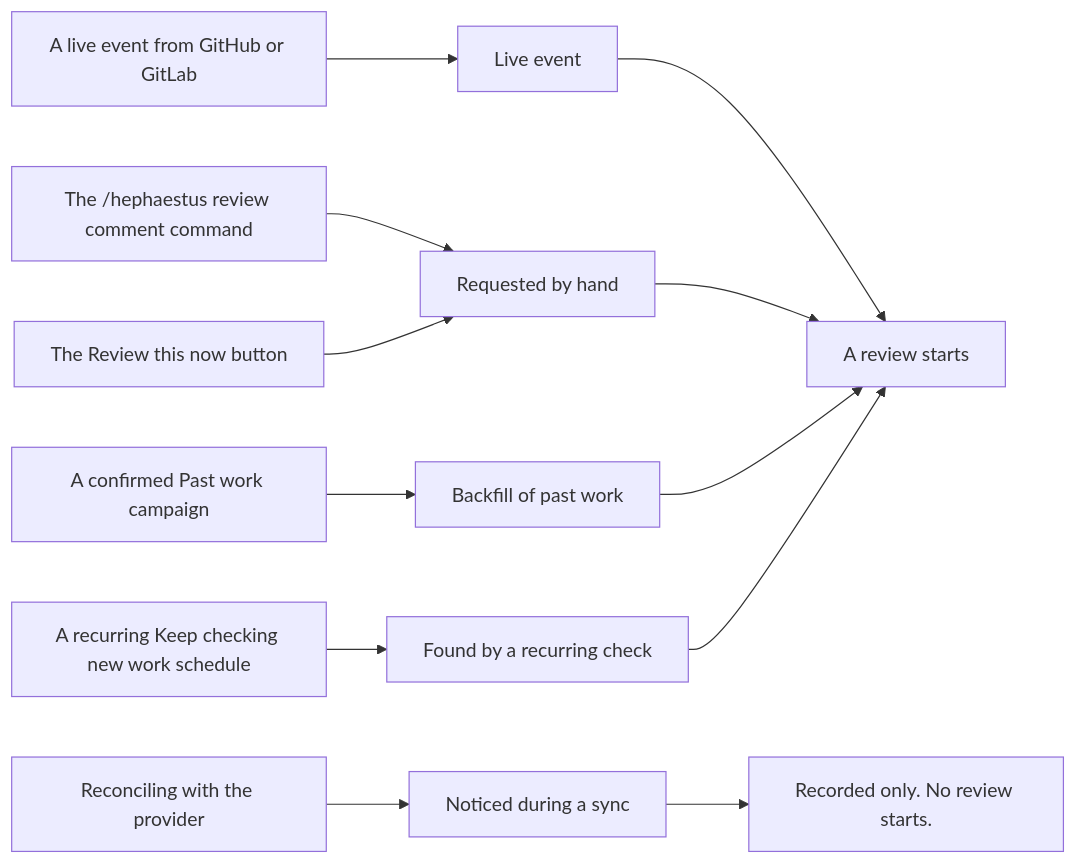
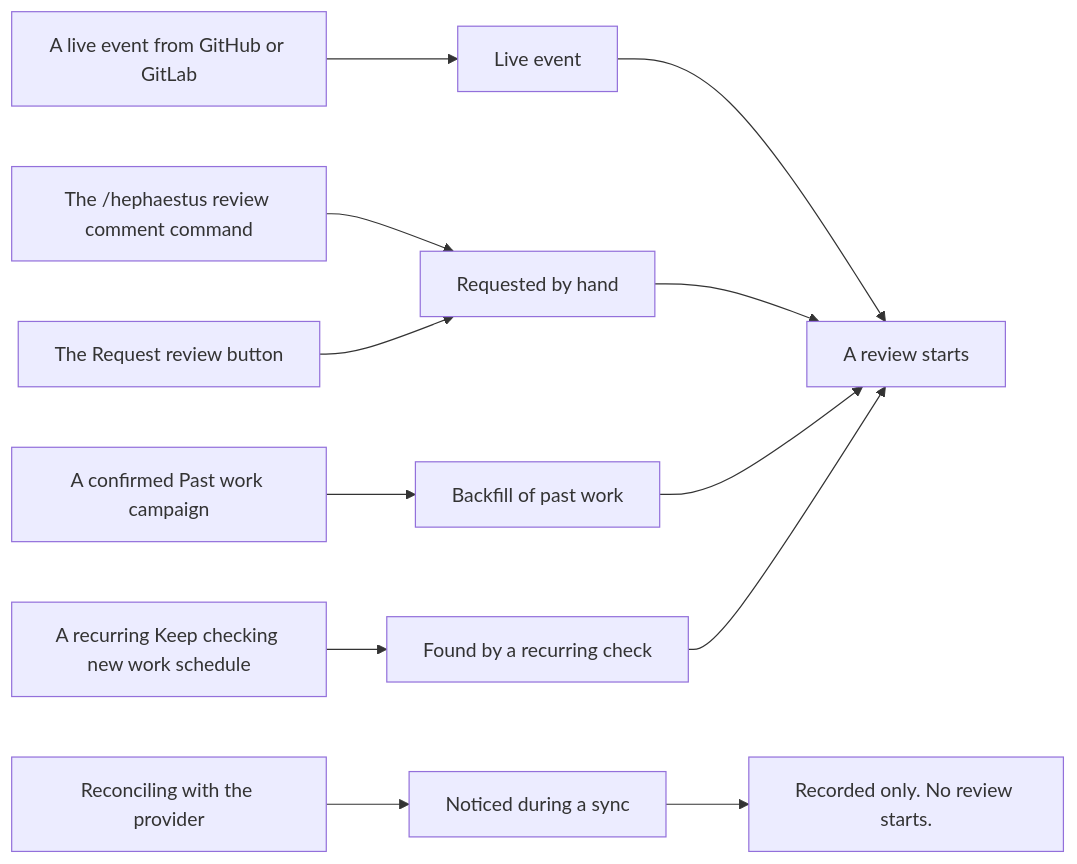
The diagram in docs/admin/practice-review.mdx (hephaestus-build/Hephaestus), drawn with Mermaid before and after one commit. The commit also changed other lines of this file and 258 other files, not shown here.

````diff
--- a/docs/admin/practice-review.mdx
+++ b/docs/admin/practice-review.mdx
@@ -260,16 +260,16 @@
 ```mermaid
 flowchart LR
     accTitle: Events that do and do not start practice reviews
     accDescr: Live events, manual requests, campaigns, and recurring checks start reviews. Provider reconciliation records an occurrence. It does not start a pull request or issue review.
     Event[A live event from GitHub or GitLab] --> Live[Live event]
     Command[The /hephaestus review comment command] --> Hand[Requested by hand]
-    Button[The Review this now button] --> Hand
+    Button[The Request review button] --> Hand
     Campaign[A confirmed Past work campaign] --> Back[Backfill of past work]
     Sweep[A recurring Keep checking new work schedule] --> Rec[Found by a recurring check]
     Reconcile[Reconciling with the provider] --> Sync[Noticed during a sync]
     Live --> Review[A review starts]
     Hand --> Review
     Back --> Review
     Rec --> Review
     Sync --> Stop[Recorded only. No review starts.]
 ```
````
